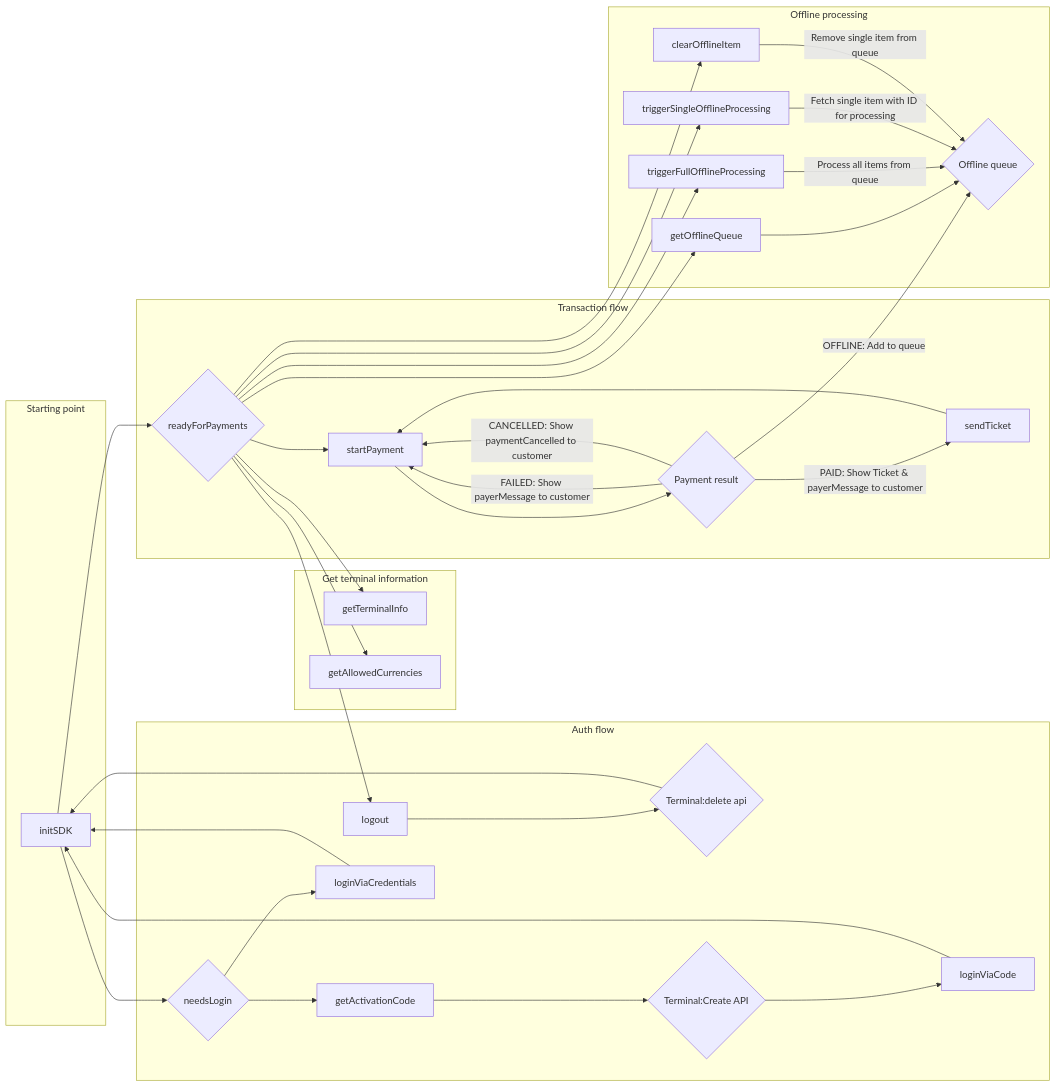
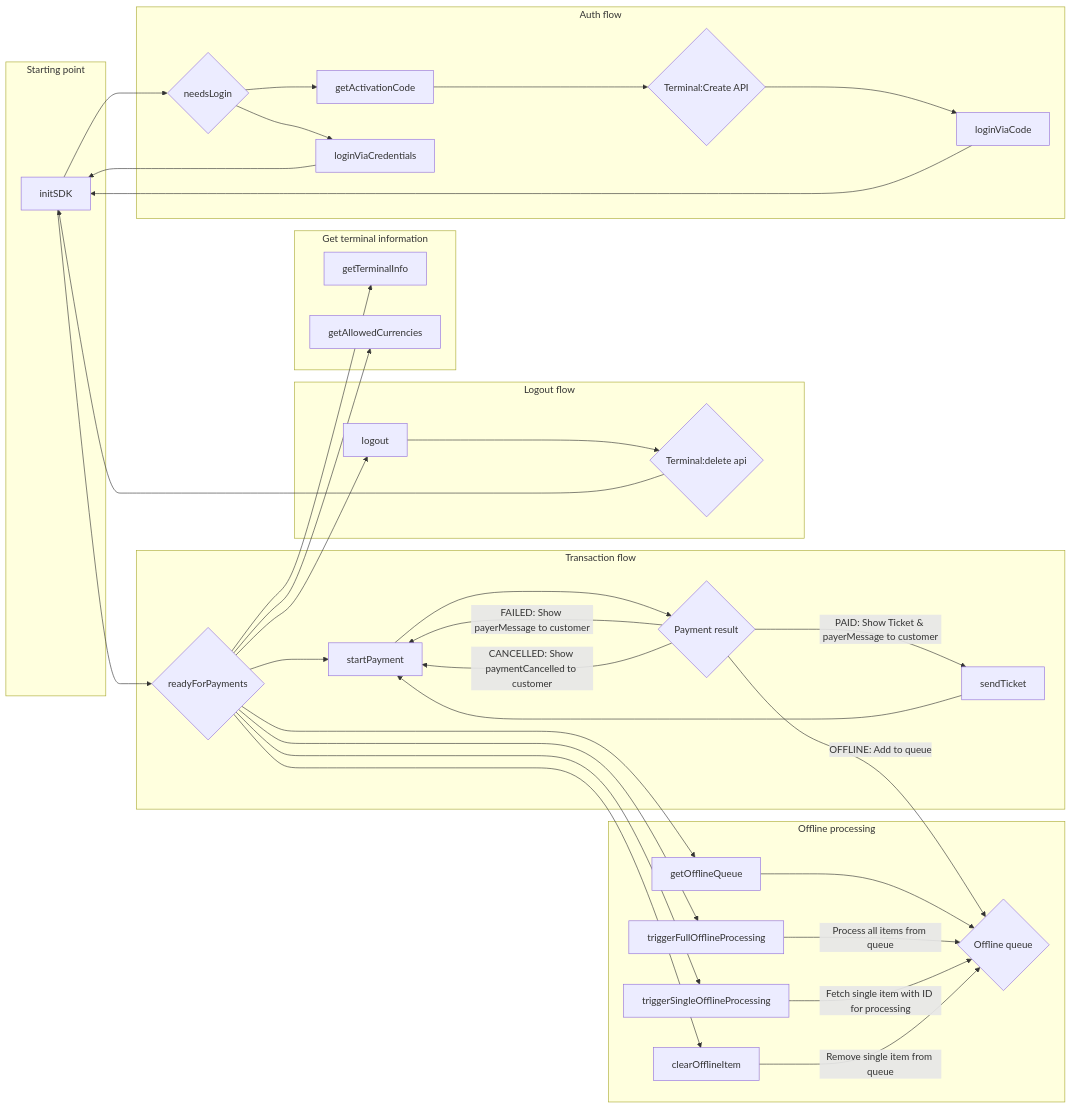
The diagram in docs/sdk-android-pax.md (paynl/POS.SDK), drawn with Mermaid before and after one commit. The commit also changed 2 other files, not shown here.

````diff
--- a/docs/sdk-android-pax.md
+++ b/docs/sdk-android-pax.md
@@ -84,47 +84,49 @@
 ```mermaid
 flowchart LR;
   subgraph Starting point
   A[initSDK]
   end
 
   subgraph Transaction flow
   A --> B{readyForPayments}
   B --> F[startPayment]
   F --> H{Payment result}
   H --> |PAID: Show Ticket & payerMessage to customer| N
   N[sendTicket] --> F
   H --> |FAILED: Show payerMessage to customer| F
   H --> |CANCELLED: Show paymentCancelled to customer| F
   end
 
   subgraph Get terminal information
   B --> I[getTerminalInfo]
   B --> J[getAllowedCurrencies]
   end
 
   subgraph Auth flow
   A --> M{needsLogin}
-  B --> K[logout]
-  K --> L{Terminal:delete api}
-  L --> A
   M --> C[getActivationCode]
   C --> D{Terminal:Create API}
   D --> E[loginViaCode]
   E --> A
   M --> G[loginViaCredentials]
   G --> A
-
+  end
+  
+  subgraph Logout flow
+  B --> K[logout]
+  K --> L{Terminal:delete api}
+  L --> A
   end
 
   subgraph Offline processing
   H -->|OFFLINE: Add to queue| O{Offline queue}
   B --> P[getOfflineQueue]
   P --> O
   B --> Q[triggerFullOfflineProcessing]
   Q -->|Process all items from queue| O
   B --> R[triggerSingleOfflineProcessing]
   R -->|Fetch single item with ID for processing| O
   B --> S[clearOfflineItem]
   S -->|Remove single item from queue| O
   end
 ```
````
